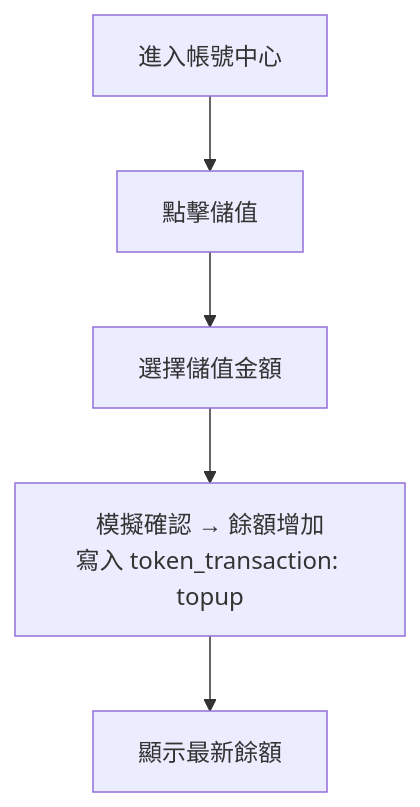
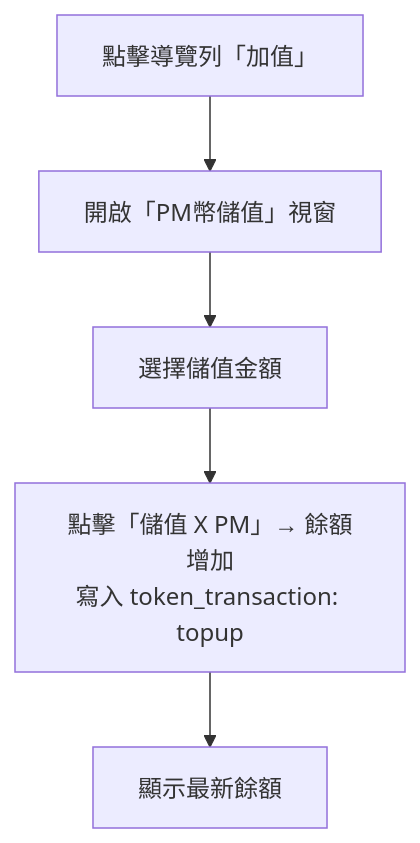
One commit to s1092055/PartyMatch changed diagram 14 of 15 in docs/user-flows.md. Above: the diagram before and after it, drawn with Mermaid. The commit also changed other lines of this file and 16 other files, not shown here.

````diff
--- a/docs/user-flows.md
+++ b/docs/user-flows.md
@@ -197,7 +197,7 @@
 ```mermaid
 flowchart TD
-  A[進入帳號中心] --> B[點擊儲值]
+  A[點擊導覽列「加值」] --> B[開啟「PM幣儲值」視窗]
   B --> C[選擇儲值金額]
-  C --> D[模擬確認 → 餘額增加\n寫入 token_transaction: topup]
+  C --> D[點擊「儲值 X PM」→ 餘額增加\n寫入 token_transaction: topup]
   D --> E[顯示最新餘額]
 ```
````
